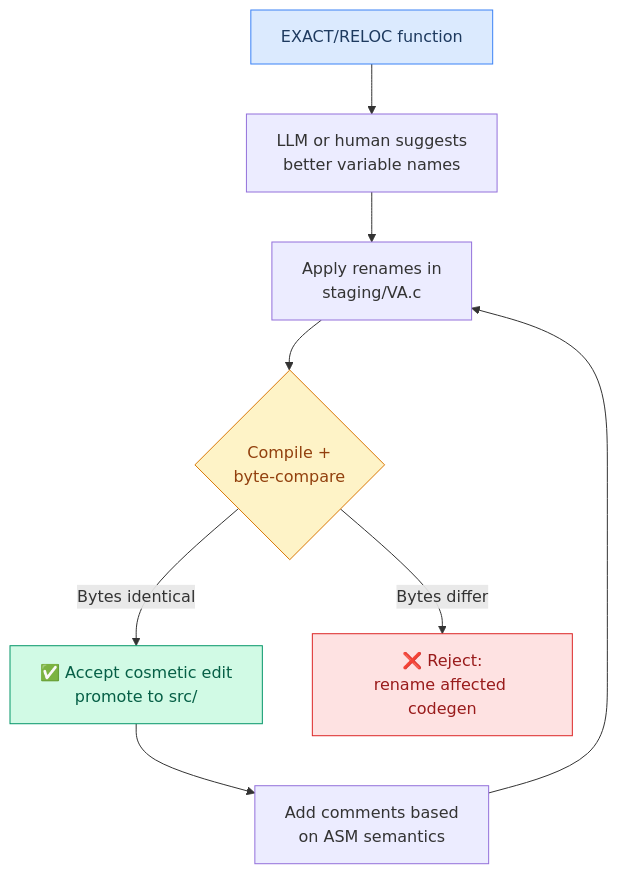
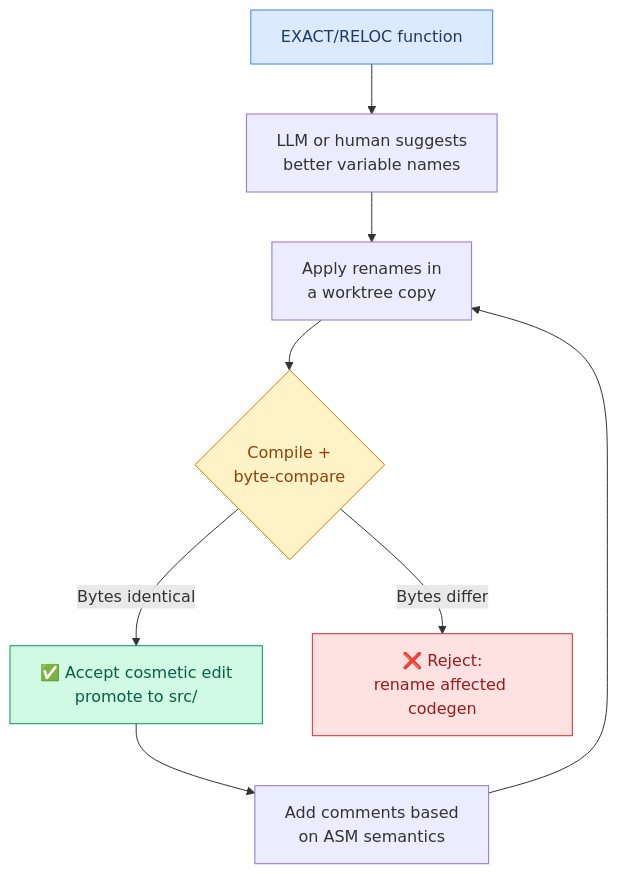
One commit to maci0/rebrew changed diagram 15 of 16 in docs/USER_STORIES.md. Above: the diagram before and after it, drawn with Mermaid. The commit also changed other lines of this file and 11 other files, not shown here.

First line of the commit message:
docs, skills, flowcharts synced to the CLI; globals.status persisted

````diff
--- a/docs/USER_STORIES.md
+++ b/docs/USER_STORIES.md
@@ -492,15 +493,15 @@
 ```mermaid
 graph TD
     A["EXACT/RELOC function"] --> B["LLM or human suggests<br/>better variable names"]
-    B --> C["Apply renames in<br/>staging/VA.c"]
+    B --> C["Apply renames in<br/>a worktree copy"]
     C --> D{"Compile +<br/>byte-compare"}
     D -->|"Bytes identical"| E["✅ Accept cosmetic edit<br/>promote to src/"]
     D -->|"Bytes differ"| F["❌ Reject:<br/>rename affected codegen"]
     E --> G["Add comments based<br/>on ASM semantics"]
     G --> C
 
     style A fill:#dbeafe,stroke:#3b82f6,color:#1e3a5f
     style E fill:#d1fae5,stroke:#059669,color:#065f46
     style F fill:#fee2e2,stroke:#dc2626,color:#991b1b
     style D fill:#fef3c7,stroke:#d97706,color:#92400e
 ```
````
